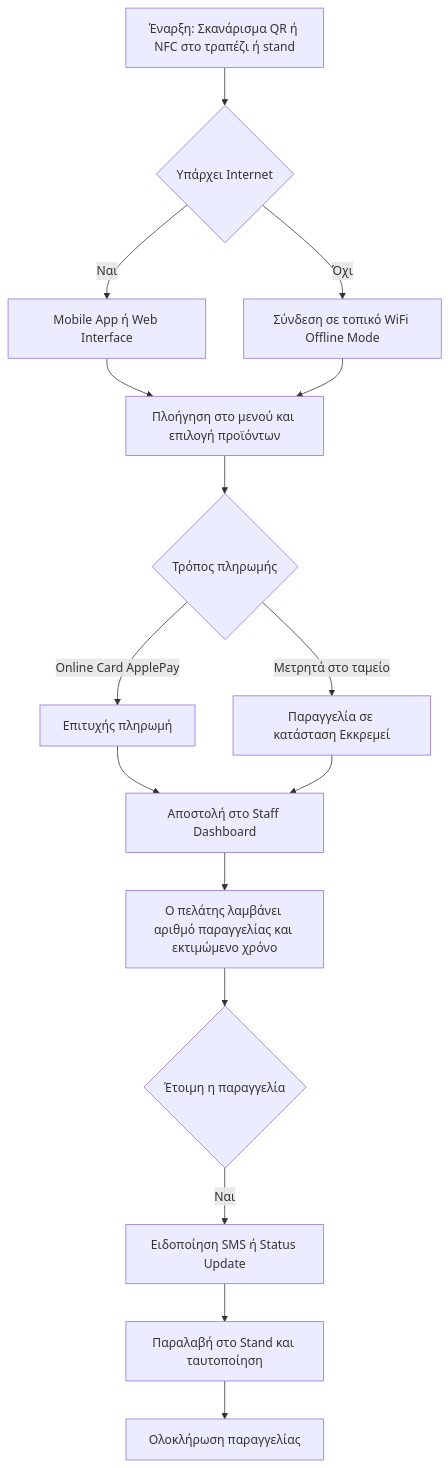
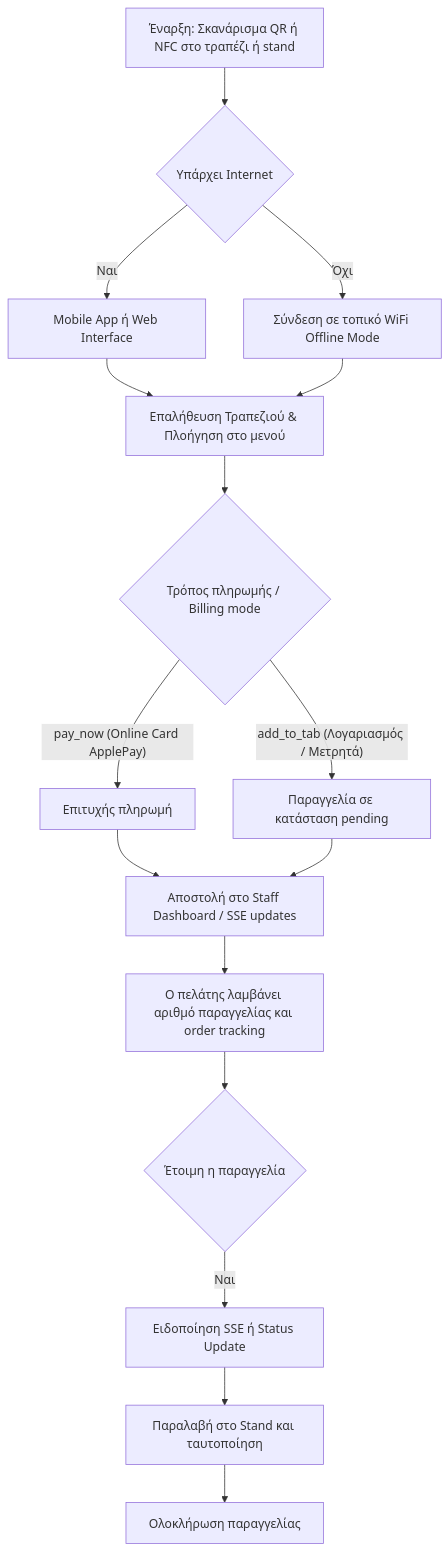
One commit to dolly450/orderly_docs changed the diagram in design/user_flow.md. Above: the diagram before and after it, drawn with Mermaid. The commit also changed other lines of this file and 7 other files, not shown here.

````diff
--- a/design/user_flow.md
+++ b/design/user_flow.md
@@ -6,28 +18,28 @@
 ```mermaid
 graph TD
     A[Έναρξη: Σκανάρισμα QR ή NFC στο τραπέζι ή stand] --> B{Υπάρχει Internet}
     
     B -- Ναι --> C[Mobile App ή Web Interface]
     B -- Όχι --> D[Σύνδεση σε τοπικό WiFi Offline Mode]
     
-    C --> E[Πλοήγηση στο μενού και επιλογή προϊόντων]
+    C --> E[Επαλήθευση Τραπεζιού & Πλοήγηση στο μενού]
     D --> E
     
-    E --> F{Τρόπος πληρωμής}
+    E --> F{Τρόπος πληρωμής / Billing mode}
     
-    F -- Online Card ApplePay --> G[Επιτυχής πληρωμή]
-    F -- Μετρητά στο ταμείο --> H[Παραγγελία σε κατάσταση Εκκρεμεί]
+    F -- pay_now (Online Card ApplePay) --> G[Επιτυχής πληρωμή]
+    F -- add_to_tab (Λογαριασμός / Μετρητά) --> H[Παραγγελία σε κατάσταση pending]
     
-    G --> I[Αποστολή στο Staff Dashboard]
+    G --> I[Αποστολή στο Staff Dashboard / SSE updates]
     H --> I
     
-    I --> J[Ο πελάτης λαμβάνει αριθμό παραγγελίας και εκτιμώμενο χρόνο]
+    I --> J[Ο πελάτης λαμβάνει αριθμό παραγγελίας και order tracking]
     
     J --> K{Έτοιμη η παραγγελία}
     
-    K -- Ναι --> L[Ειδοποίηση SMS ή Status Update]
+    K -- Ναι --> L[Ειδοποίηση SSE ή Status Update]
     
     L --> M[Παραλαβή στο Stand και ταυτοποίηση]
     
     M --> N[Ολοκλήρωση παραγγελίας]
 ```
````
